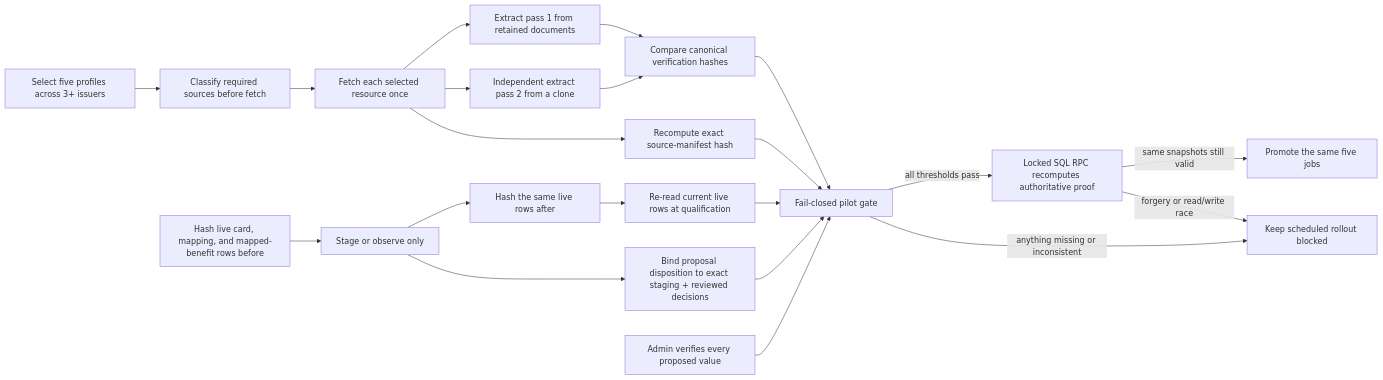
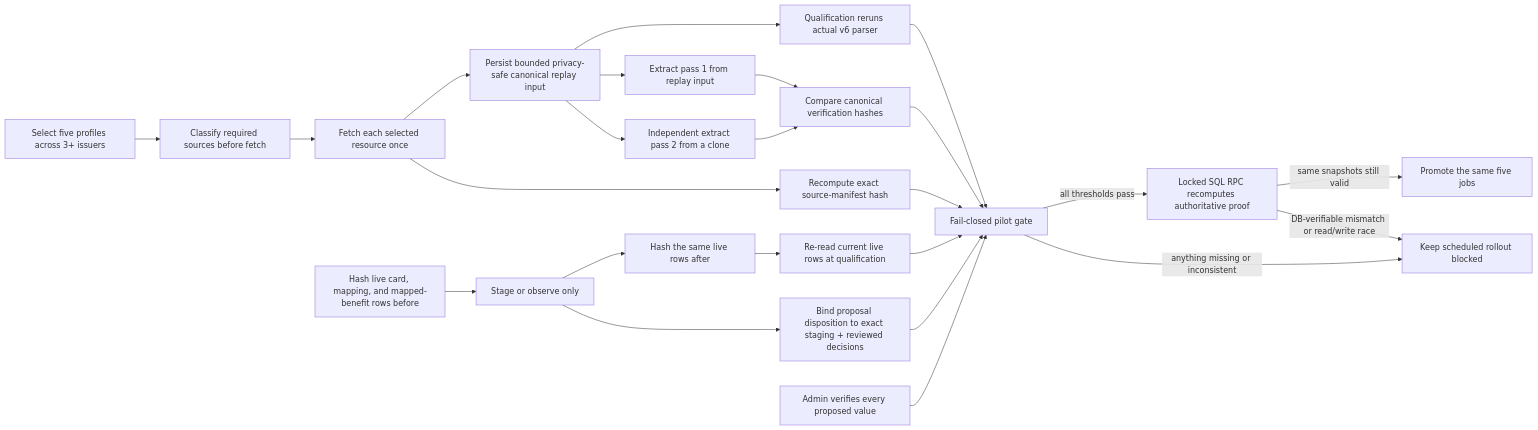
Before and after one commit to shantanuchandra/cardcompass: the first of 4 diagrams in docs/architecture/card-ingestion-modernization-review.md, drawn with Mermaid. The commit also changed other lines of this file and 8 other files, not shown here.

Commit message:
test: make ingestion pilot evidence verifiable

````diff
--- a/docs/architecture/card-ingestion-modernization-review.md
+++ b/docs/architecture/card-ingestion-modernization-review.md
@@ -256,23 +259,26 @@
 ```mermaid
 flowchart LR
     S["Select five profiles across 3+ issuers"] --> D["Classify required sources before fetch"]
     D --> F["Fetch each selected resource once"]
-    F --> R1["Extract pass 1 from retained documents"]
-    F --> R2["Independent extract pass 2 from a clone"]
+    F --> I["Persist bounded privacy-safe canonical replay input"]
+    I --> R1["Extract pass 1 from replay input"]
+    I --> R2["Independent extract pass 2 from a clone"]
     R1 --> H["Compare canonical verification hashes"]
     R2 --> H
     F --> M["Recompute exact source-manifest hash"]
     B["Hash live card, mapping, and mapped-benefit rows before"] --> P["Stage or observe only"]
     P --> A["Hash the same live rows after"]
     A --> C["Re-read current live rows at qualification"]
     P --> T["Bind proposal disposition to exact staging + reviewed decisions"]
-    H --> G["Fail-closed pilot gate"]
+    I --> RR["Qualification reruns actual v6 parser"]
+    RR --> G["Fail-closed pilot gate"]
+    H --> G
     M --> G
     C --> G
     T --> G
     V["Admin verifies every proposed value"] --> G
     G -->|"all thresholds pass"| Q["Locked SQL RPC recomputes authoritative proof"]
     Q -->|"same snapshots still valid"| O["Promote the same five jobs"]
-    Q -->|"forgery or read/write race"| X
+    Q -->|"DB-verifiable mismatch or read/write race"| X
     G -->|"anything missing or inconsistent"| X["Keep scheduled rollout blocked"]
 ```
````
